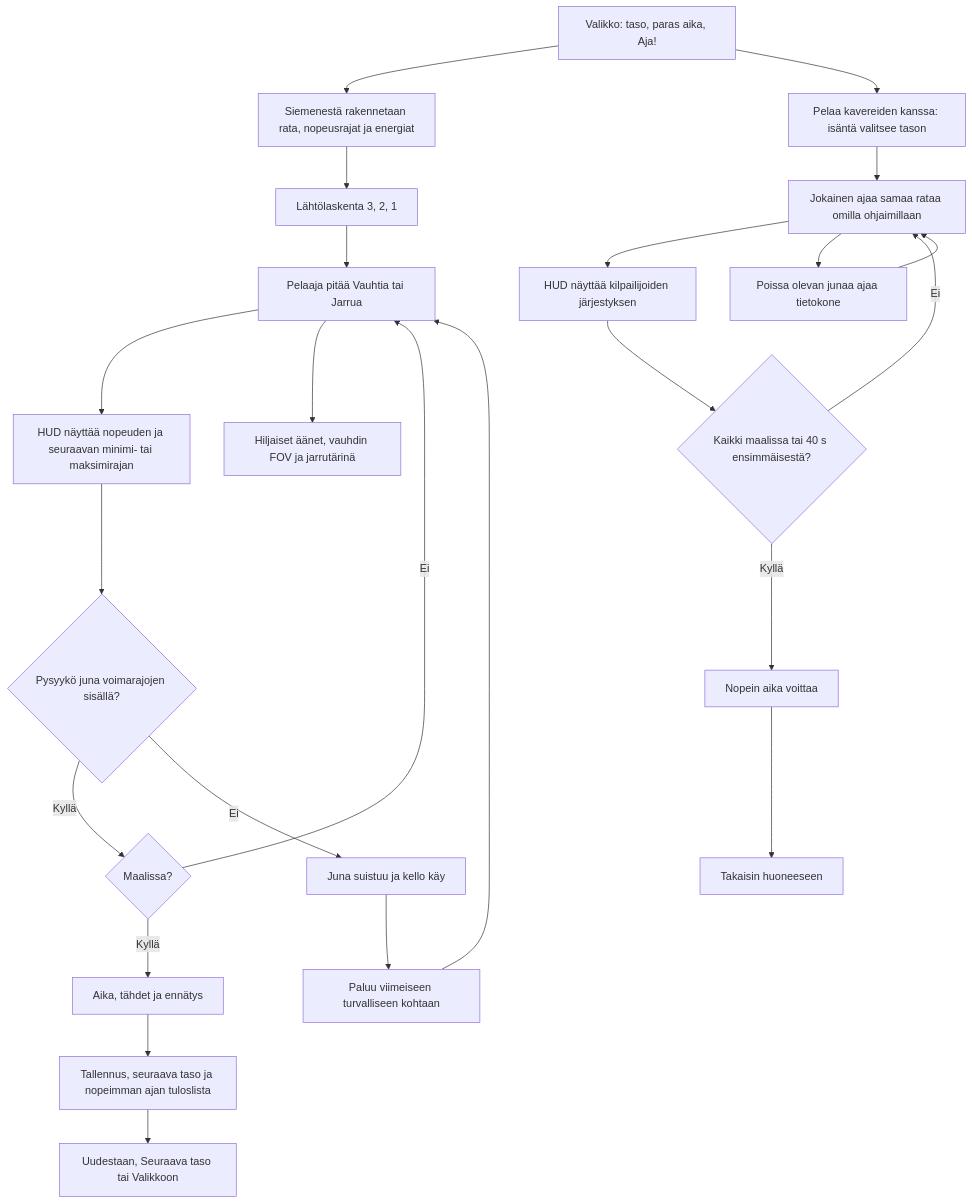
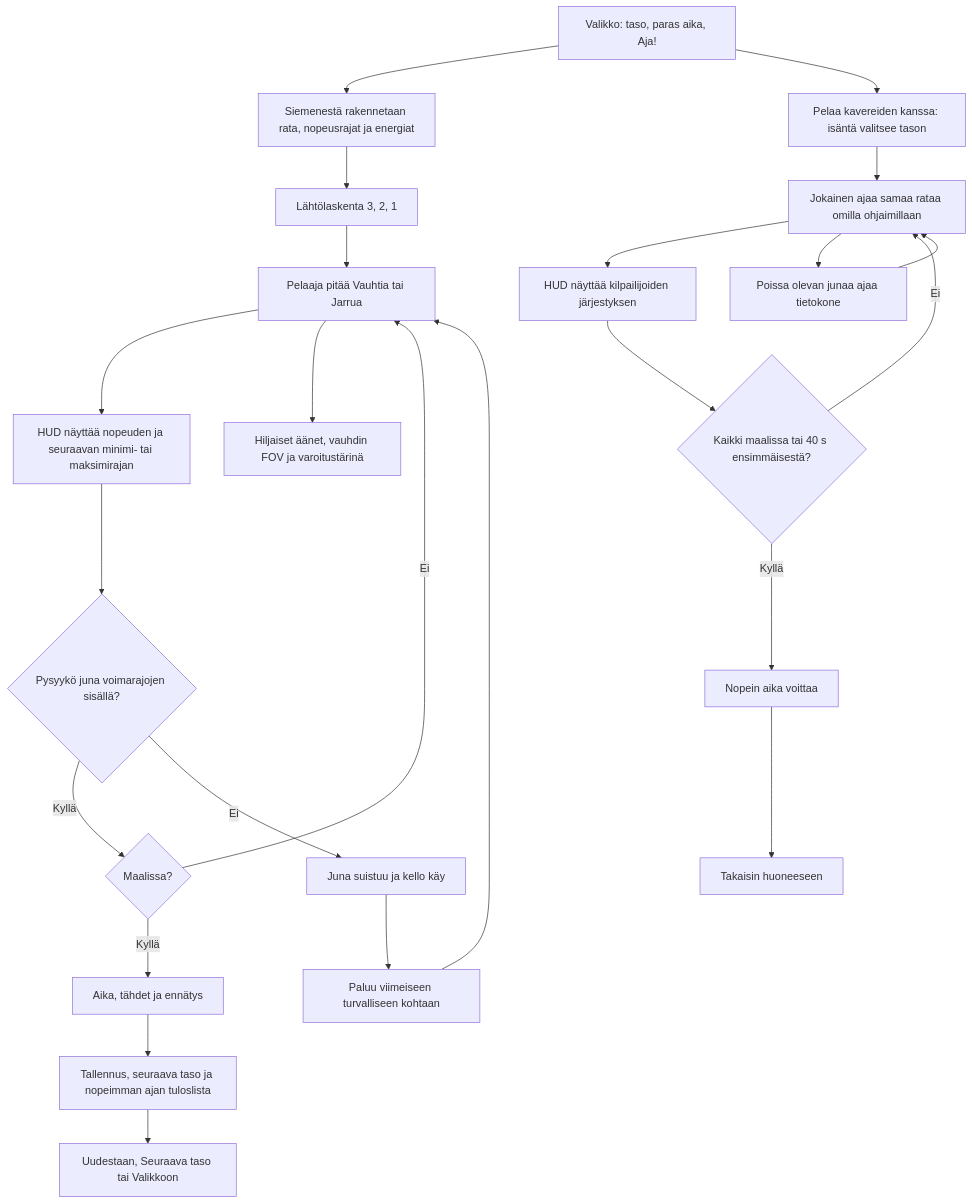
The diagram in docs/diagrams/vuoristorata.md (eerovil/ai-pelit), drawn with Mermaid before and after one commit. The commit also changed other lines of this file and 2 other files, not shown here.

Commit message:
Preserve Vuoristorata room state across reconnects

````diff
--- a/docs/diagrams/vuoristorata.md
+++ b/docs/diagrams/vuoristorata.md
@@ -7,32 +7,32 @@
 ```mermaid
 flowchart TD
   A[Valikko: taso, paras aika, Aja!] --> B[Siemenestä rakennetaan rata, nopeusrajat ja energiat]
   B --> C[Lähtölaskenta 3, 2, 1]
   C --> D[Pelaaja pitää Vauhtia tai Jarrua]
   D --> E[HUD näyttää nopeuden ja seuraavan minimi- tai maksimirajan]
   E --> F{Pysyykö juna voimarajojen sisällä?}
   F -- Kyllä --> G{Maalissa?}
   G -- Ei --> D
   F -- Ei --> H[Juna suistuu ja kello käy]
   H --> I[Paluu viimeiseen turvalliseen kohtaan]
   I --> D
   G -- Kyllä --> J[Aika, tähdet ja ennätys]
   J --> K[Tallennus, seuraava taso ja nopeimman ajan tuloslista]
   K --> L[Uudestaan, Seuraava taso tai Valikkoon]
-  D --> M[Hiljaiset äänet, vauhdin FOV ja jarrutärinä]
+  D --> M[Hiljaiset äänet, vauhdin FOV ja varoitustärinä]
   A --> N[Pelaa kavereiden kanssa: isäntä valitsee tason]
   N --> O[Jokainen ajaa samaa rataa omilla ohjaimillaan]
   O --> P[HUD näyttää kilpailijoiden järjestyksen]
   P --> Q{Kaikki maalissa tai 40 s ensimmäisestä?}
   Q -- Ei --> O
   Q -- Kyllä --> R[Nopein aika voittaa]
   R --> S[Takaisin huoneeseen]
   O --> T[Poissa olevan junaa ajaa tietokone]
   T --> O
   class A,C,D,E,L,M blue
   class F,G,Q amber
   class B,I teal
   class H rose
   class J,K green
   class N,O,P,R,S,T violet
 ```
````
